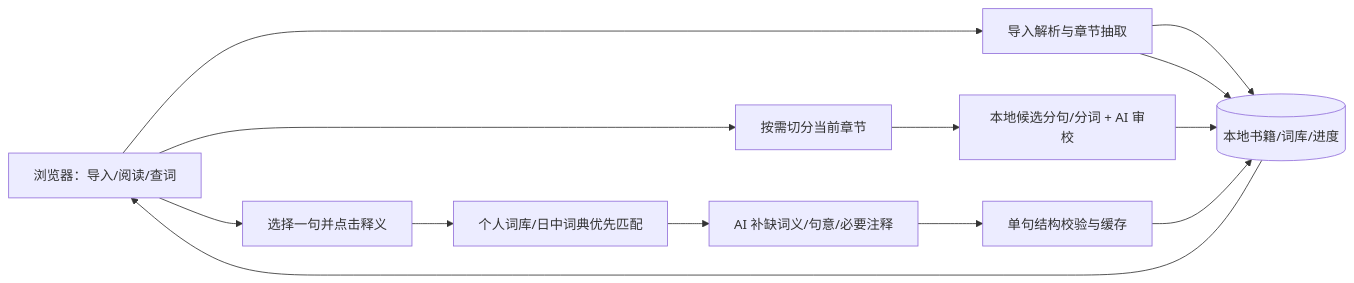
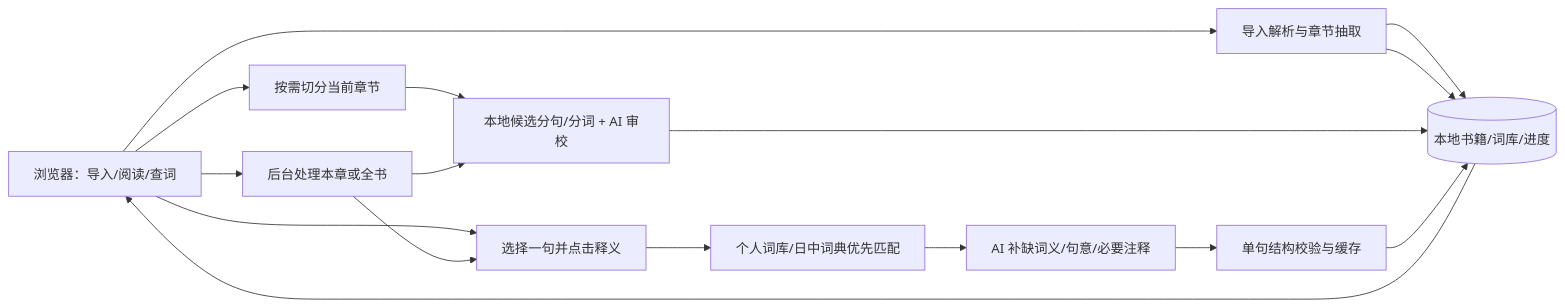
The diagram in 架构与技术栈建议.md (H0rR1p/IceReader), drawn with Mermaid before and after one commit. The commit also changed other lines of this file and 5 other files, not shown here.

````diff
--- a/架构与技术栈建议.md
+++ b/架构与技术栈建议.md
@@ -15,15 +15,18 @@
 ```mermaid
 flowchart LR
   U[浏览器：导入/阅读/查词] --> I[导入解析与章节抽取]
   I --> DB[(本地书籍/词库/进度)]
   I --> DB
   U --> M[按需切分当前章节]
   M --> S[本地候选分句/分词 + AI 审校]
   S --> DB
   U --> E[选择一句并点击释义]
+  U --> B[后台处理本章或全书]
+  B --> S
+  B --> E
   E --> V[个人词库/日中词典优先匹配]
   V --> A[AI 补缺词义/句意/必要注释]
   A --> Q[单句结构校验与缓存]
   Q --> DB
   DB --> U
 ```
````
